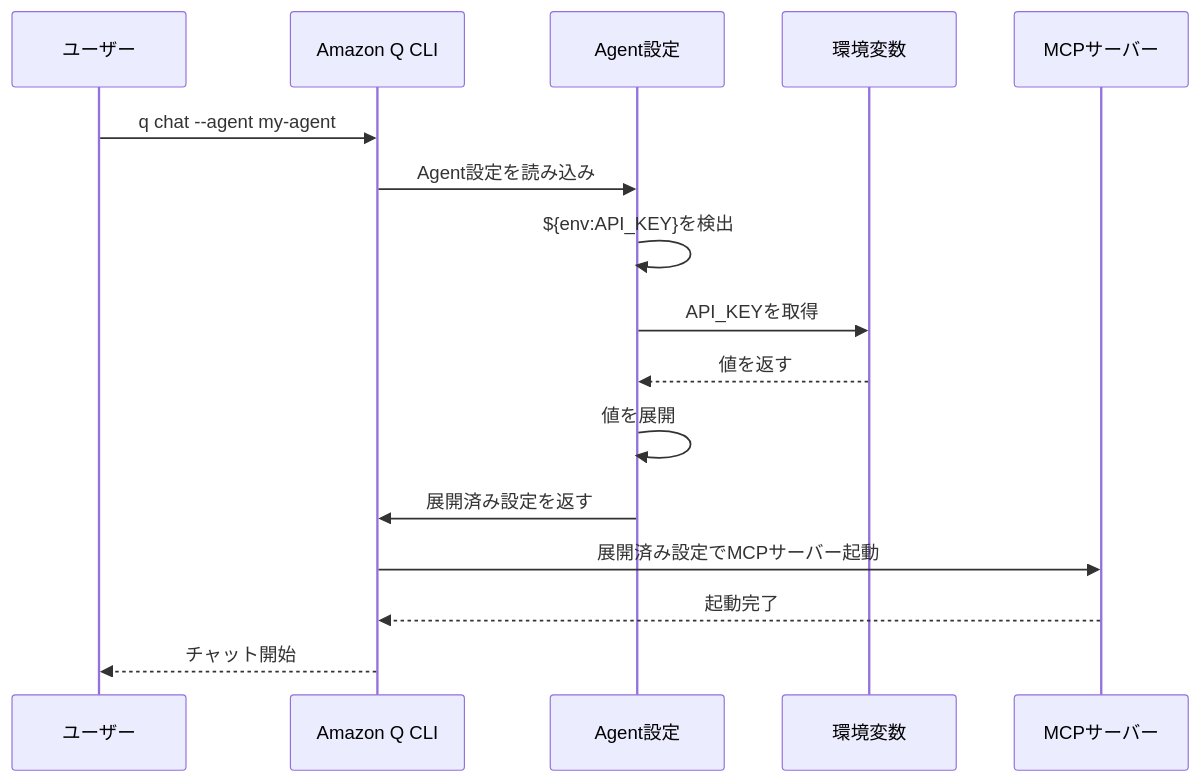
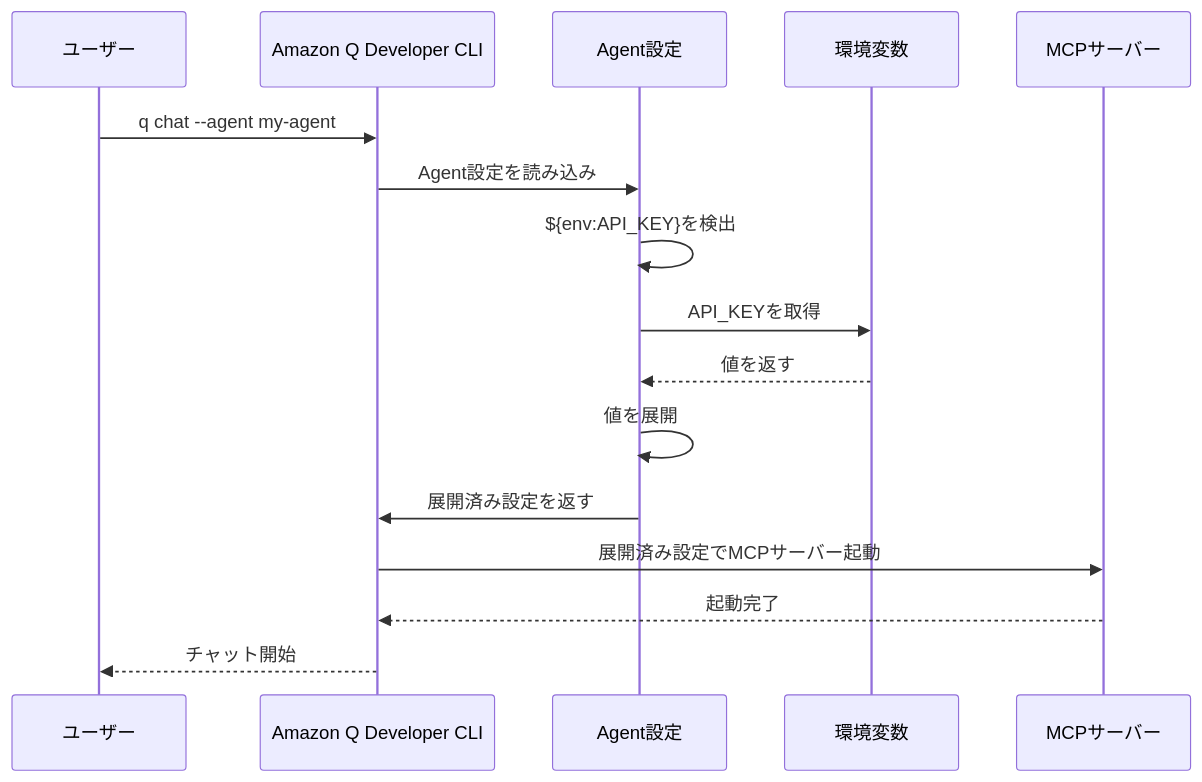
The third of 3 diagrams in docs/01_for-users/03_configuration/07_priority-rules.md (kamogashira-sys/q-cli-docs), drawn with Mermaid before and after one commit. The commit also changed 12 other files, not shown here.

````diff
--- a/docs/01_for-users/03_configuration/07_priority-rules.md
+++ b/docs/01_for-users/03_configuration/07_priority-rules.md
@@ -114,19 +114,19 @@
 ```mermaid
 sequenceDiagram
     participant User as ユーザー
-    participant CLI as Amazon Q CLI
+    participant CLI as Amazon Q Developer CLI
     participant Agent as Agent設定
     participant Env as 環境変数
     participant MCP as MCPサーバー
     
     User->>CLI: q chat --agent my-agent
     CLI->>Agent: Agent設定を読み込み
     Agent->>Agent: ${env:API_KEY}を検出
     Agent->>Env: API_KEYを取得
     Env-->>Agent: 値を返す
     Agent->>Agent: 値を展開
     Agent->>CLI: 展開済み設定を返す
     CLI->>MCP: 展開済み設定でMCPサーバー起動
     MCP-->>CLI: 起動完了
     CLI-->>User: チャット開始
 ```
````
